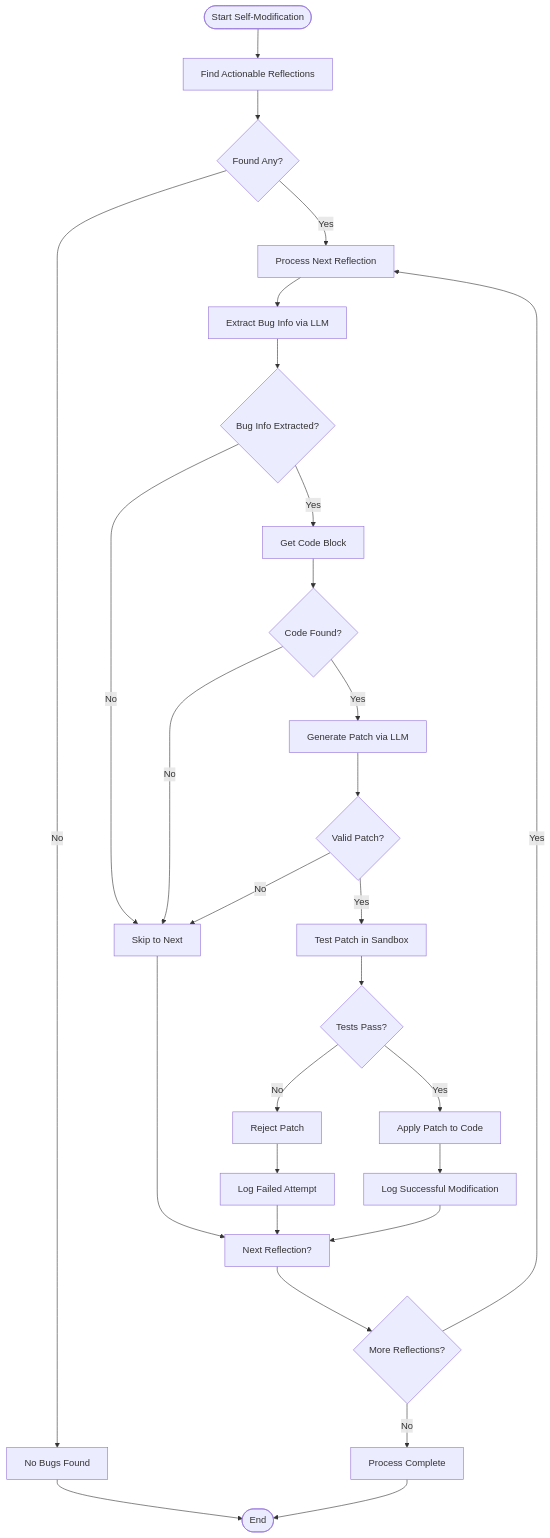
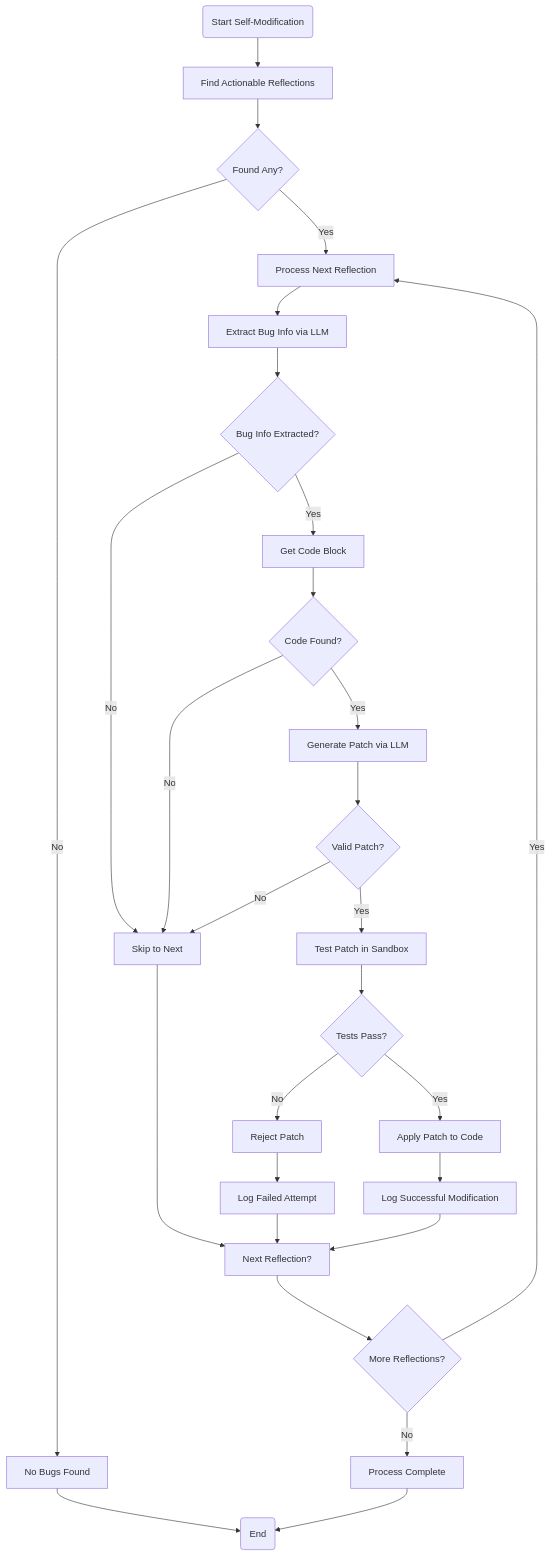
Before and after one commit to Likhithsai2580/RAVANA-WIKI: the third of 3 diagrams in docs/Self-Improvement.md, drawn with Mermaid. The commit also changed 31 other files, not shown here.

First line of the commit message:
Fix(docs): Correct Mermaid diagram syntax

````diff
--- a/docs/Self-Improvement.md
+++ b/docs/Self-Improvement.md
@@ -207,30 +207,30 @@
 ```mermaid
 flowchart TD
-Start([Start Self-Modification]) --> FindActionable["Find Actionable Reflections"]
+Start("Start Self-Modification") --> FindActionable["Find Actionable Reflections"]
 FindActionable --> CheckFound{"Found Any?"}
 CheckFound --> |No| EndNo["No Bugs Found"]
 CheckFound --> |Yes| ProcessEntry["Process Next Reflection"]
 ProcessEntry --> ExtractBug["Extract Bug Info via LLM"]
 ExtractBug --> CheckExtracted{"Bug Info Extracted?"}
 CheckExtracted --> |No| SkipEntry["Skip to Next"]
 CheckExtracted --> |Yes| GetCode["Get Code Block"]
 GetCode --> CheckCode{"Code Found?"}
 CheckCode --> |No| SkipEntry
 CheckCode --> |Yes| GeneratePatch["Generate Patch via LLM"]
 GeneratePatch --> CheckPatch{"Valid Patch?"}
 CheckPatch --> |No| SkipEntry
 CheckPatch --> |Yes| TestPatch["Test Patch in Sandbox"]
 TestPatch --> CheckTests{"Tests Pass?"}
 CheckTests --> |No| Reject["Reject Patch"]
 CheckTests --> |Yes| Apply["Apply Patch to Code"]
 Apply --> LogSuccess["Log Successful Modification"]
 Reject --> LogFail["Log Failed Attempt"]
 LogSuccess --> NextEntry["Next Reflection?"]
 LogFail --> NextEntry
 SkipEntry --> NextEntry
 NextEntry --> CheckMore{"More Reflections?"}
 CheckMore --> |Yes| ProcessEntry
 CheckMore --> |No| EndYes["Process Complete"]
-EndNo --> End([End])
+EndNo --> End("End")
 EndYes --> End
 ```
````
